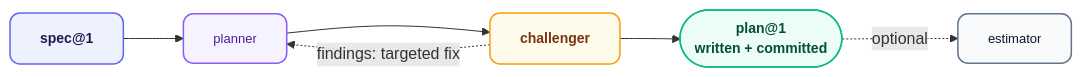
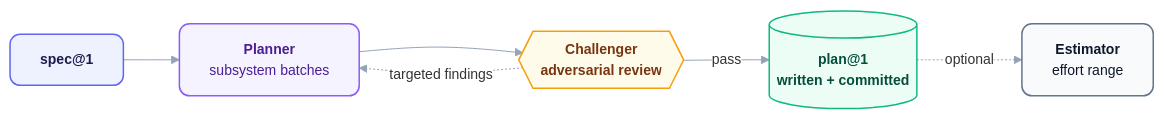
One commit to orin-dx/agent-plugins changed the diagram in plugins/navigator/README.md. Above: the diagram before and after it, drawn with Mermaid. The commit also changed 12 other files, not shown here.

Commit message:
docs: refresh Mermaid diagrams and visual standard

````diff
--- a/plugins/navigator/README.md
+++ b/plugins/navigator/README.md
@@ -60,22 +60,21 @@
 ```mermaid
-%%{init: {'flowchart': {'curve': 'basis', 'nodeSpacing': 40, 'rankSpacing': 60}}}%%
+%%{init: {'theme': 'base', 'flowchart': {'curve': 'basis', 'nodeSpacing': 40, 'rankSpacing': 56}, 'themeVariables': {'fontFamily': 'Inter, ui-sans-serif, system-ui, sans-serif', 'fontSize': '14px', 'lineColor': '#94a3b8', 'edgeLabelBackground': '#ffffff'}}}%%
 flowchart LR
-    classDef source fill:#eef2ff,stroke:#6366f1,stroke-width:1.5px,color:#1e1b4b,rx:10,ry:10,font-size:14px,font-weight:600;
-    classDef store fill:#f8fafc,stroke:#64748b,stroke-width:1.5px,color:#0f172a,rx:10,ry:10,font-size:13px,font-weight:500;
-    classDef engine fill:#f5f3ff,stroke:#8b5cf6,stroke-width:1.5px,color:#4c1d95,rx:10,ry:10,font-size:13px,font-weight:500;
-    classDef router fill:#fffbeb,stroke:#f59e0b,stroke-width:1.5px,color:#78350f,rx:10,ry:10,font-size:14px,font-weight:600;
-    classDef output fill:#ecfdf5,stroke:#10b981,stroke-width:1.5px,color:#064e3b,rx:10,ry:10,font-size:14px,font-weight:600;
+    classDef source fill:#eef2ff,stroke:#6366f1,stroke-width:1.5px,color:#1e1b4b,rx:10px,ry:10px,font-weight:600;
+    classDef store fill:#f8fafc,stroke:#64748b,stroke-width:1.5px,color:#0f172a,rx:10px,ry:10px;
+    classDef engine fill:#f5f3ff,stroke:#8b5cf6,stroke-width:1.5px,color:#4c1d95,rx:10px,ry:10px;
+    classDef router fill:#fffbeb,stroke:#f59e0b,stroke-width:1.5px,color:#78350f,rx:10px,ry:10px,font-weight:600;
+    classDef output fill:#ecfdf5,stroke:#10b981,stroke-width:1.5px,color:#064e3b,rx:10px,ry:10px,font-weight:600;
 
-    Spec["spec@1"] --> Planner[planner]
-    Planner --> Challenger[challenger]
-    Challenger -.->|"findings: targeted fix"| Planner
-    Challenger --> Plan(["plan@1
-    written + committed"])
-    Plan -.->|optional| Estimator[estimator]
+    Spec["spec@1"] --> Planner["<b>Planner</b><br/>subsystem batches"]
+    Planner --> Challenger{{"<b>Challenger</b><br/>adversarial review"}}
+    Challenger -.->|"targeted findings"| Planner
+    Challenger -->|"pass"| Plan[("<b>plan@1</b><br/>written + committed")]
+    Plan -.->|"optional"| Estimator["<b>Estimator</b><br/>effort range"]
 
     class Spec source
     class Planner engine
     class Challenger router
     class Plan output
     class Estimator store
 ```
````
